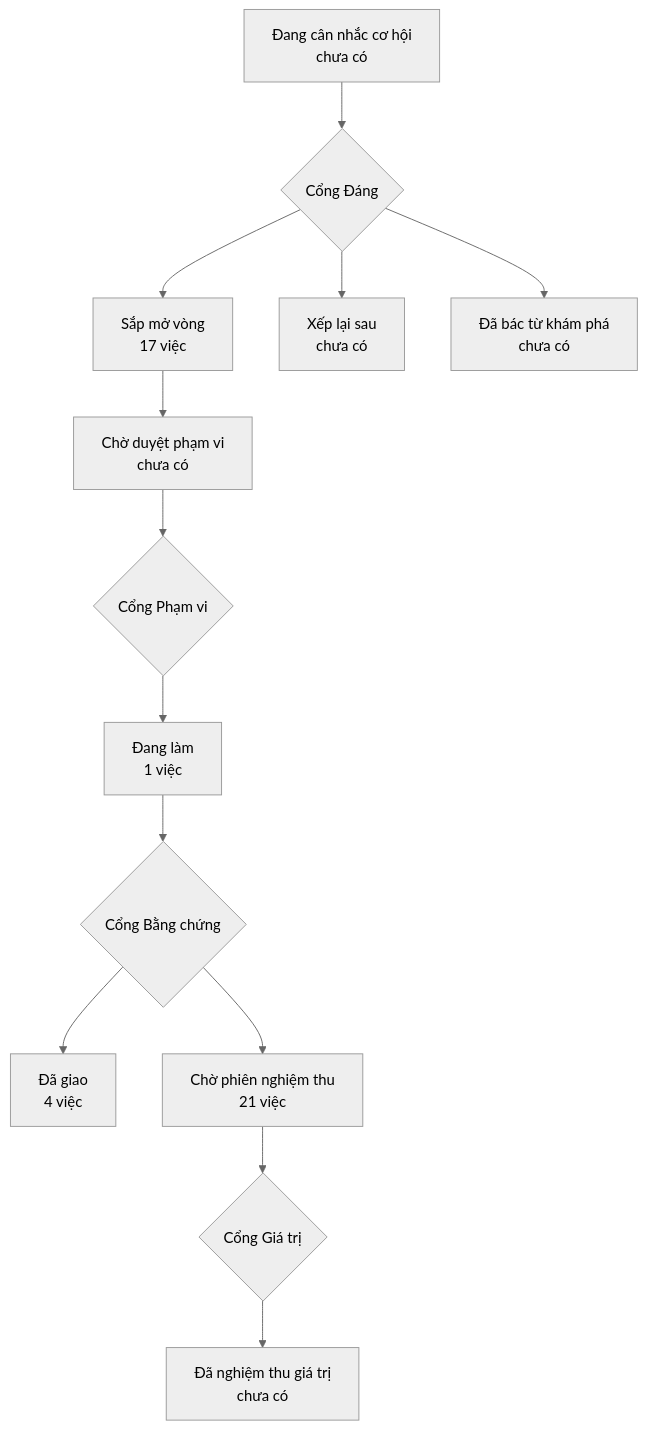
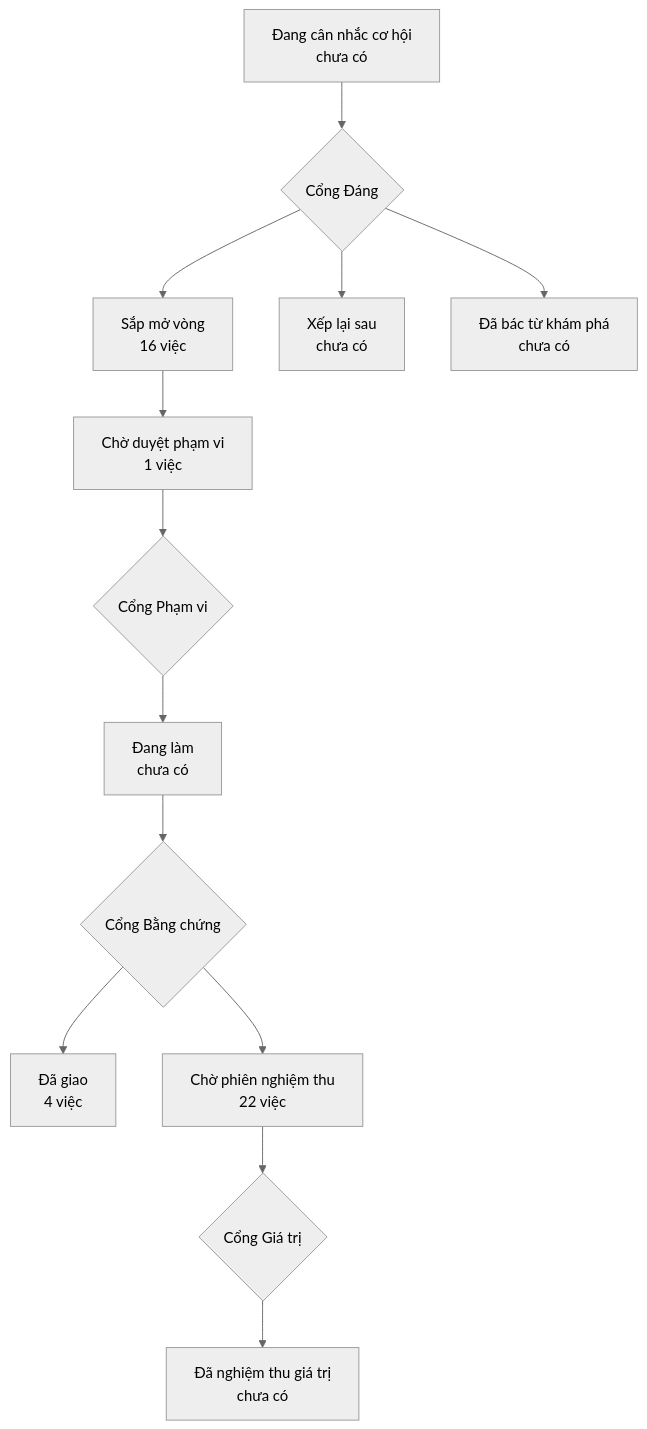
The diagram in PRODUCT-MAP.md (phanlemanh/onehub-quy-hang), drawn with Mermaid (neutral theme) before and after one commit. The commit also changed other lines of this file and 14 other files, not shown here.

````diff
--- a/PRODUCT-MAP.md
+++ b/PRODUCT-MAP.md
@@ -7,12 +7,12 @@
 ```mermaid
 flowchart TD
   A["Đang cân nhắc cơ hội<br/>chưa có"] --> GD{"Cổng Đáng"}
-  GD --> B["Sắp mở vòng<br/>17 việc"]
+  GD --> B["Sắp mở vòng<br/>16 việc"]
   GD --> XL["Xếp lại sau<br/>chưa có"]
   GD --> DB["Đã bác từ khám phá<br/>chưa có"]
-  B --> CD["Chờ duyệt phạm vi<br/>chưa có"] --> GP{"Cổng Phạm vi"}
-  GP --> DL["Đang làm<br/>1 việc"] --> GB{"Cổng Bằng chứng"}
+  B --> CD["Chờ duyệt phạm vi<br/>1 việc"] --> GP{"Cổng Phạm vi"}
+  GP --> DL["Đang làm<br/>chưa có"] --> GB{"Cổng Bằng chứng"}
   GB --> DG["Đã giao<br/>4 việc"]
-  GB --> CN["Chờ phiên nghiệm thu<br/>21 việc"] --> GG{"Cổng Giá trị"}
+  GB --> CN["Chờ phiên nghiệm thu<br/>22 việc"] --> GG{"Cổng Giá trị"}
   GG --> NT["Đã nghiệm thu giá trị<br/>chưa có"]
 ```
````
